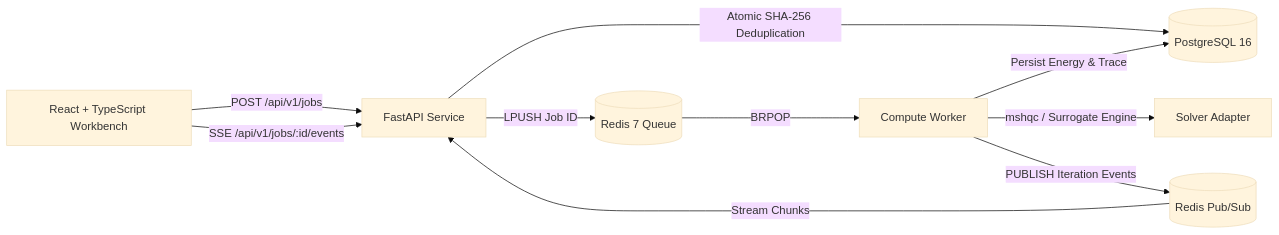
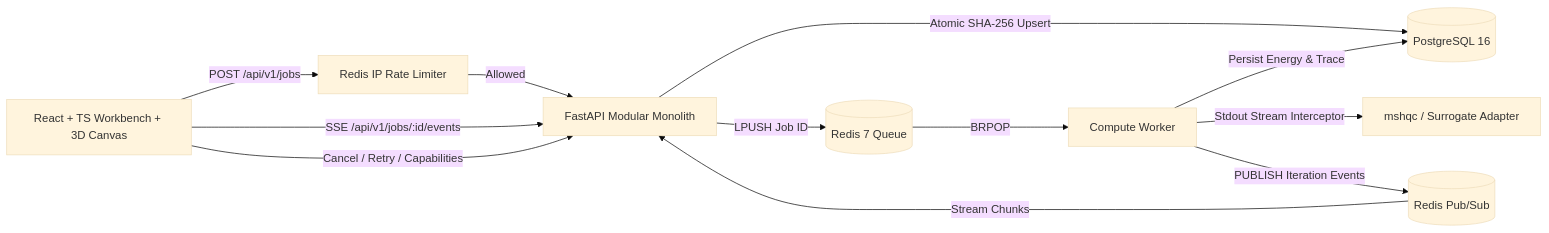
Before and after one commit to syahrulhidayat/mshqc-workbench: the diagram in README.md, drawn with Mermaid (base theme). The commit also changed other lines of this file, not shown here.

Commit message:
docs(readme): add CI/CD badges, updated architecture diagram, and engineering trade-offs

````diff
--- a/README.md
+++ b/README.md
@@ -18,12 +21,14 @@
 ```mermaid
 flowchart LR
-    UI[React + TypeScript Workbench] -->|POST /api/v1/jobs| API[FastAPI Service]
+    UI[React + TS Workbench + 3D Canvas] -->|POST /api/v1/jobs| RL[Redis IP Rate Limiter]
+    RL -->|Allowed| API[FastAPI Modular Monolith]
     UI -->|SSE /api/v1/jobs/:id/events| API
-    API -->|Atomic SHA-256 Deduplication| PG[(PostgreSQL 16)]
+    UI -->|Cancel / Retry / Capabilities| API
+    API -->|Atomic SHA-256 Upsert| PG[(PostgreSQL 16)]
     API -->|LPUSH Job ID| RQ[(Redis 7 Queue)]
     RQ -->|BRPOP| W[Compute Worker]
-    W -->|mshqc / Surrogate Engine| S[Solver Adapter]
+    W -->|Stdout Stream Interceptor| S[mshqc / Surrogate Adapter]
     W -->|PUBLISH Iteration Events| RP[(Redis Pub/Sub)]
     RP -->|Stream Chunks| API
     W -->|Persist Energy & Trace| PG
 ```
````
